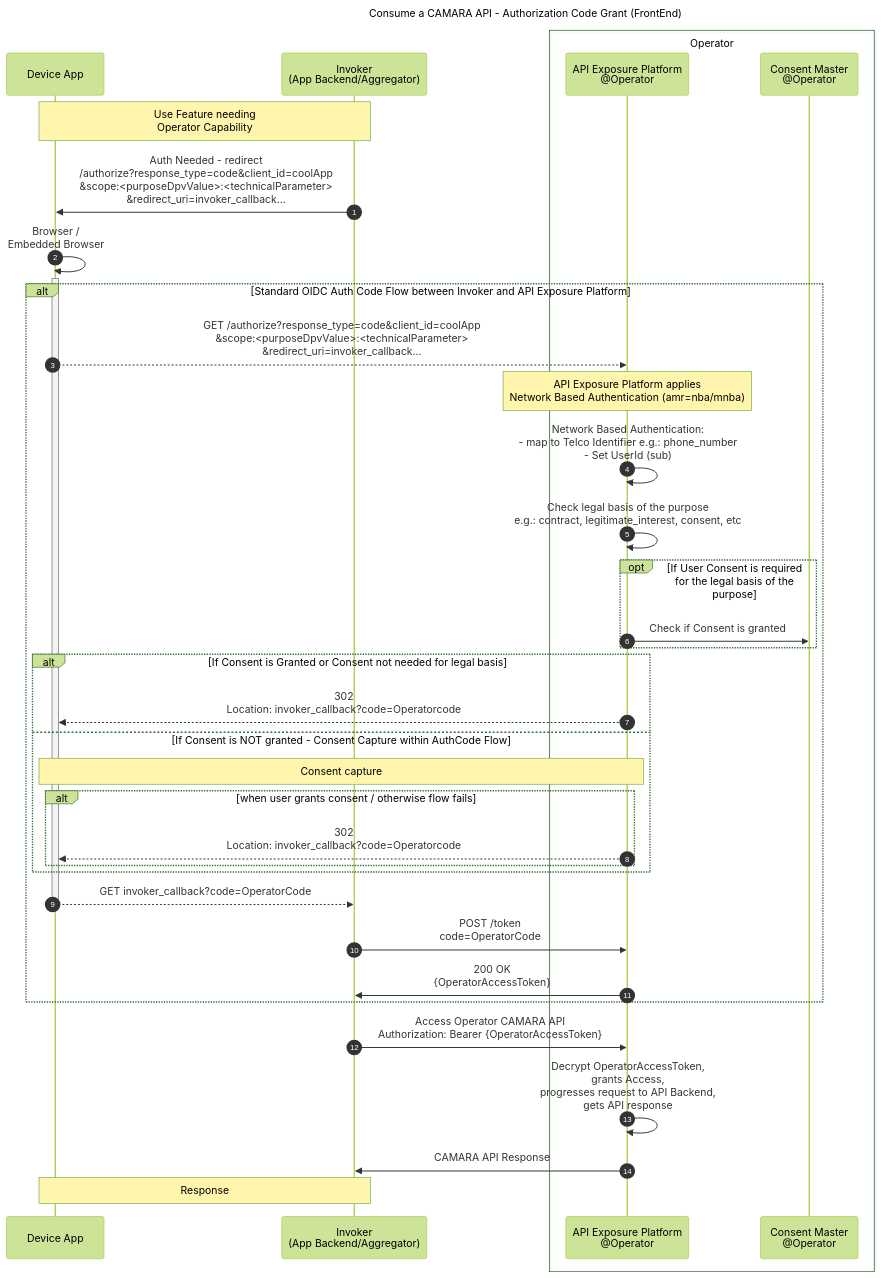
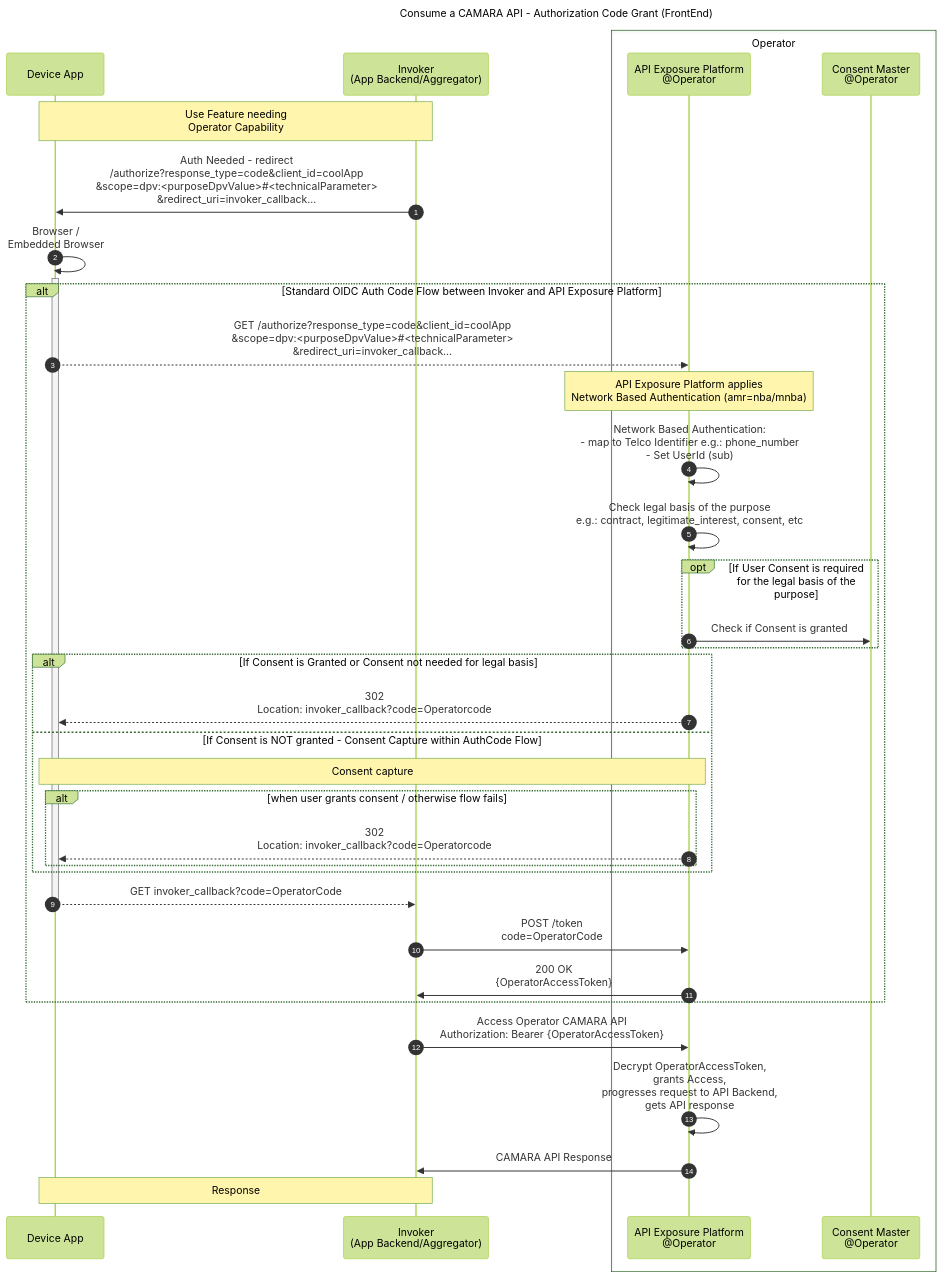
One commit to camaraproject/IdentityAndConsentManagement changed the first of 2 diagrams in documentation/CAMARA-API-access-and-user-consent.md. Above: the diagram before and after it, drawn with Mermaid (forest theme). The commit also changed other lines of this file, not shown here.

Commit message:
scope format change according to last agreement in issue #32

````diff
--- a/documentation/CAMARA-API-access-and-user-consent.md
+++ b/documentation/CAMARA-API-access-and-user-consent.md
@@ -129,40 +129,40 @@
 ```mermaid
 sequenceDiagram
 autonumber
 title Consume a CAMARA API - Authorization Code Grant (FrontEnd)
 participant FE as Device App
 participant BE as Invoker<br>(App Backend/Aggregator)
 box Operator
   participant ExpO as API Exposure Platform<br>@Operator
   participant Consent as Consent Master<br>@Operator
 end
 
 Note over FE,BE: Use Feature needing<br>Operator Capability  
-BE->>FE: Auth Needed - redirect <br>/authorize?response_type=code&client_id=coolApp<br>&scope:<purposeDpvValue>:<technicalParameter><br>&redirect_uri=invoker_callback...
+BE->>FE: Auth Needed - redirect <br>/authorize?response_type=code&client_id=coolApp<br>&scope=dpv:<purposeDpvValue>#35;<technicalParameter><br>&redirect_uri=invoker_callback...
 FE->>+FE: Browser /<br> Embedded Browser
 alt Standard OIDC Auth Code Flow between Invoker and API Exposure Platform
-  FE-->>ExpO: GET /authorize?response_type=code&client_id=coolApp<br>&scope:<purposeDpvValue>:<technicalParameter><br>&redirect_uri=invoker_callback...
+  FE-->>ExpO: GET /authorize?response_type=code&client_id=coolApp<br>&scope=dpv:<purposeDpvValue>#35;<technicalParameter><br>&redirect_uri=invoker_callback...
   Note over ExpO: API Exposure Platform applies<br>Network Based Authentication (amr=nba/mnba)
   ExpO->>ExpO: Network Based Authentication:<br>- map to Telco Identifier e.g.: phone_number<br>- Set UserId (sub)  
   ExpO->>ExpO: Check legal basis of the purpose<br> e.g.: contract, legitimate_interest, consent, etc 
   opt If User Consent is required for the legal basis of the purpose  
     ExpO->>Consent: Check if Consent is granted    
   end  
   alt If Consent is Granted or Consent not needed for legal basis   
     ExpO-->>FE: 302<br>Location: invoker_callback?code=Operatorcode
   else If Consent is NOT granted - Consent Capture within AuthCode Flow  
     Note over FE,ExpO: Consent capture  
     alt when user grants consent / otherwise flow fails  
       ExpO-->>FE: 302<br>Location: invoker_callback?code=Operatorcode
     end  
   end  
   FE-->>-BE: GET invoker_callback?code=OperatorCode
   BE->>ExpO: POST /token<br> code=OperatorCode
   ExpO->>BE: 200 OK <br> {OperatorAccessToken}
 end
 
 BE->>ExpO: Access Operator CAMARA API <br> Authorization: Bearer {OperatorAccessToken}        
 ExpO->>ExpO: Decrypt OperatorAccessToken,<br>grants Access,<br>progresses request to API Backend,<br>gets API response  
 ExpO->>BE: CAMARA API Response
 Note over BE,FE: Response
 ```
````
